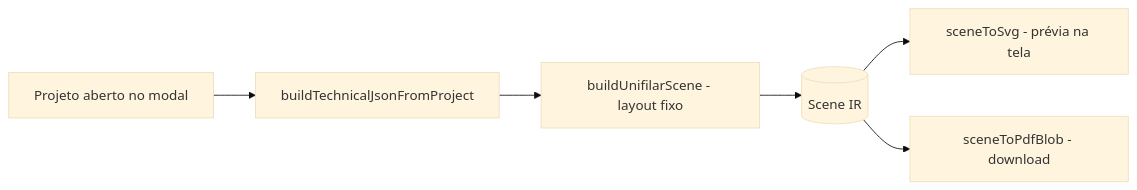
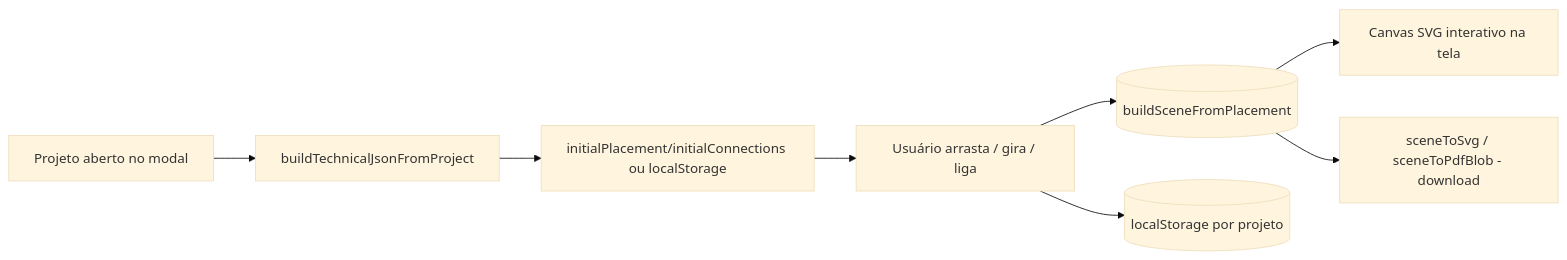
One commit to luixera/pv-harmony-hub changed the diagram in docs/modules/diagrams/overview.md. Above: the diagram before and after it, drawn with Mermaid (base theme). The commit also changed other lines of this file and 10 other files, not shown here.

````diff
--- a/docs/modules/diagrams/overview.md
+++ b/docs/modules/diagrams/overview.md
@@ -52,8 +67,10 @@
 ```mermaid
 flowchart LR
   Proj[Projeto aberto no modal] --> Build[buildTechnicalJsonFromProject]
-  Build --> Layout[buildUnifilarScene - layout fixo]
-  Layout --> Scene[(Scene IR)]
-  Scene --> Svg[sceneToSvg - prévia na tela]
-  Scene --> Pdf[sceneToPdfBlob - download]
+  Build --> Init[initialPlacement/initialConnections ou localStorage]
+  Init --> Edit[Usuário arrasta / gira / liga]
+  Edit --> Scene[(buildSceneFromPlacement)]
+  Scene --> Svg[Canvas SVG interativo na tela]
+  Scene --> Down[sceneToSvg / sceneToPdfBlob - download]
+  Edit --> LS[(localStorage por projeto)]
 ```
````
